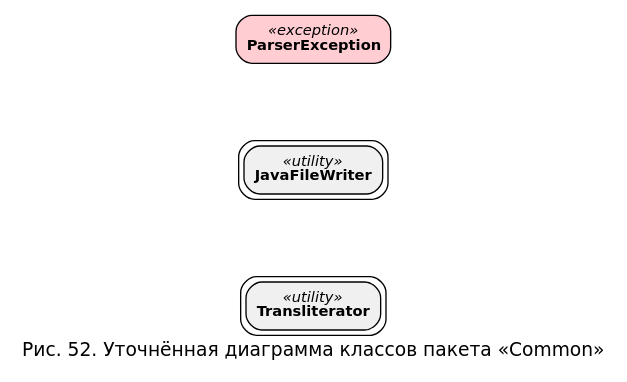
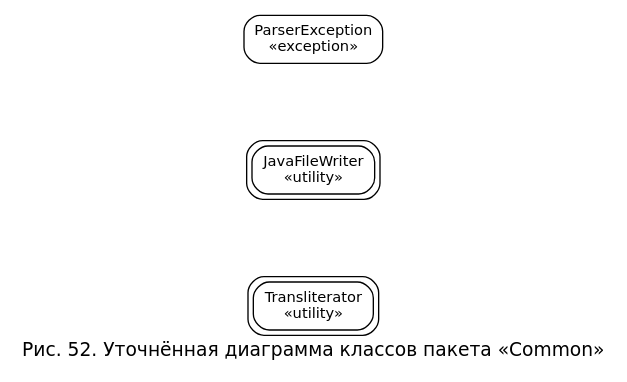
One commit to nastolbov/AutoTestGeneratorUpdate changed the diagram in diagrams/cls_common_refined.dot. Above: the diagram before and after it, drawn with Graphviz. The commit also changed 37 other files, not shown here.

```diff
--- a/diagrams/cls_common_refined.dot
+++ b/diagrams/cls_common_refined.dot
@@ -1,17 +1,10 @@
-digraph ClsCommonRefined {
-    rankdir=LR;
-    fontname="DejaVu Sans";
-    label="Рис. 52. Уточнённая диаграмма классов пакета «Common»";
-    labelloc="b";
-    fontsize=14;
+digraph Common {
+    rankdir=LR; fontname="DejaVu Sans"; fontsize=14;
+    label="Рис. 52. Уточнённая диаграмма классов пакета «Common»"; labelloc=b;
     nodesep=0.8;
+    node [fontname="DejaVu Sans", fontsize=11, shape=box, style="rounded,filled", fillcolor=white];
 
-    node [fontname="DejaVu Sans", fontsize=11, shape=box, style="rounded,filled"];
-
-    Transliterator  [fillcolor="#F0F0F0", peripheries=2, label=<<I>«utility»</I><BR/><B>Transliterator</B>>];
-    JavaFileWriter  [fillcolor="#F0F0F0", peripheries=2, label=<<I>«utility»</I><BR/><B>JavaFileWriter</B>>];
-    ParserException [fillcolor="#FFCDD2", label=<<I>«exception»</I><BR/><B>ParserException</B>>];
-
-    // Классы пакета между собой не связаны — это листовой пакет утилит.
-    // Связей нет (используются извне другими пакетами).
+    Transliterator  [peripheries=2, label="Transliterator\n«utility»"];
+    JavaFileWriter  [peripheries=2, label="JavaFileWriter\n«utility»"];
+    ParserException [label="ParserException\n«exception»"];
 }
```
